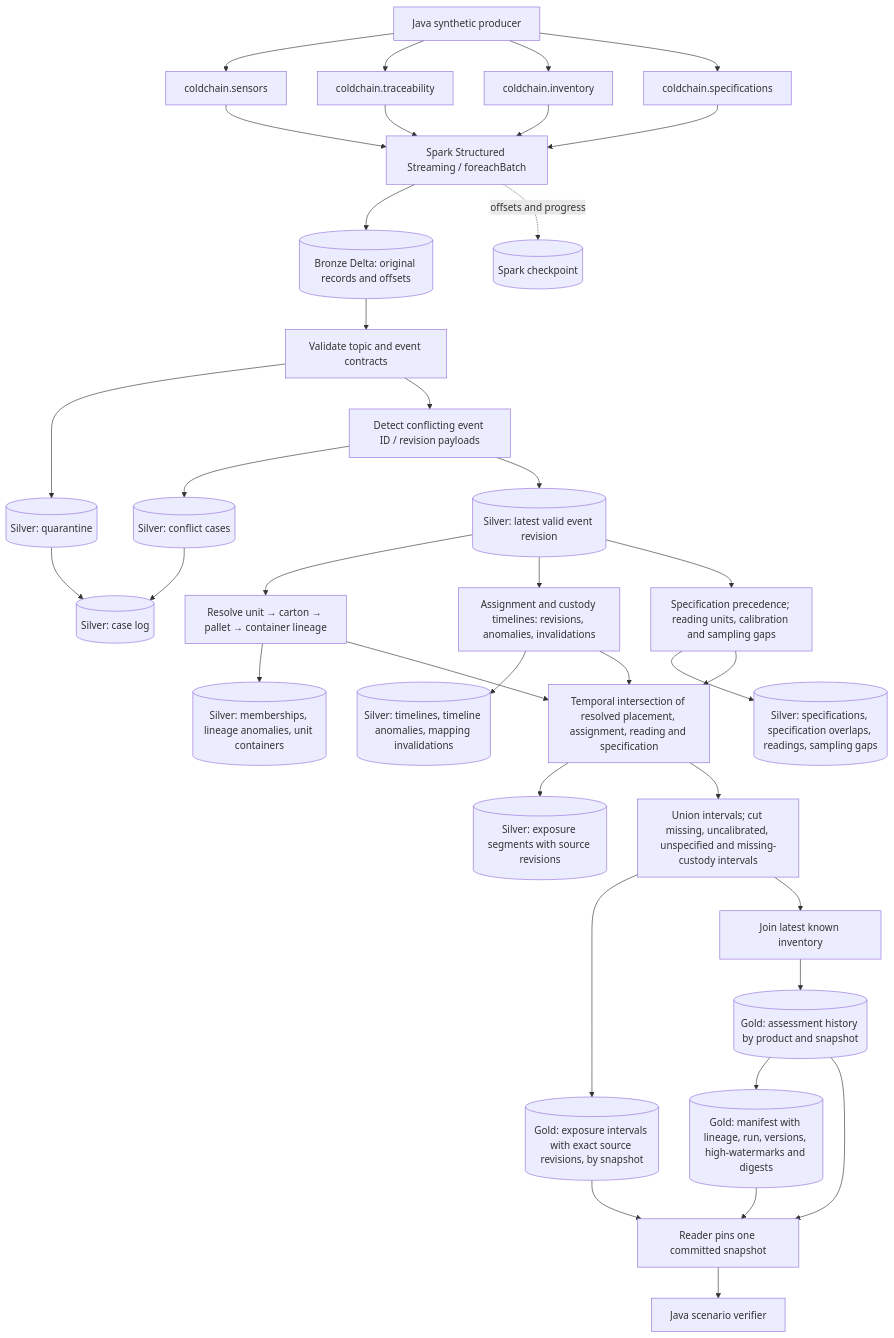
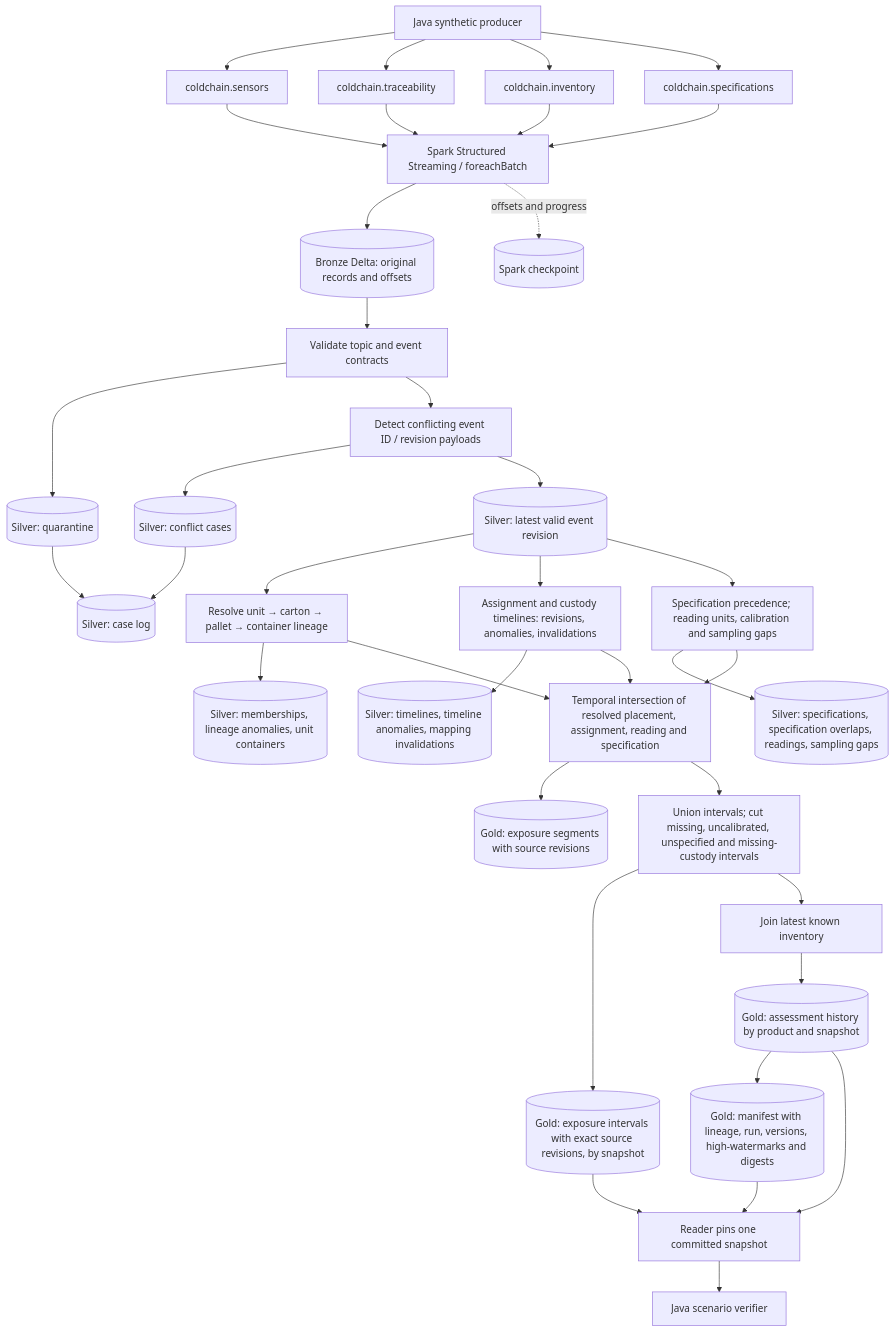
One commit to rmansoor/pharma-cold-chain changed the first of 2 diagrams in docs/architecture.md. Above: the diagram before and after it, drawn with Mermaid. The commit also changed other lines of this file and 15 other files, not shown here.

````diff
--- a/docs/architecture.md
+++ b/docs/architecture.md
@@ -13,39 +13,39 @@
 ```mermaid
 flowchart TD
   SIM[Java synthetic producer] --> S[coldchain.sensors]
   SIM --> T[coldchain.traceability]
   SIM --> I[coldchain.inventory]
   SIM --> P[coldchain.specifications]
   S --> ING[Spark Structured Streaming / foreachBatch]
   T --> ING
   I --> ING
   P --> ING
   ING --> B[(Bronze Delta: original records and offsets)]
   B --> V[Validate topic and event contracts]
   V --> Q[(Silver: quarantine)]
   V --> C[Detect conflicting event ID / revision payloads]
   C --> CQ[(Silver: conflict cases)]
   Q --> L[(Silver: case log)]
   CQ --> L
   C --> E[(Silver: latest valid event revision)]
   E --> LIN[Resolve unit → carton → pallet → container lineage]
   LIN --> LA[(Silver: memberships, lineage anomalies, unit containers)]
   E --> TL[Assignment and custody timelines: revisions, anomalies, invalidations]
   TL --> TA[(Silver: timelines, timeline anomalies, mapping invalidations)]
   TL --> J
   E --> SP[Specification precedence; reading units, calibration and sampling gaps]
   SP --> SQ[(Silver: specifications, specification overlaps, readings, sampling gaps)]
   SP --> J
   LIN --> J[Temporal intersection of resolved placement, assignment, reading and specification]
-  J --> SEG[(Silver: exposure segments with source revisions)]
+  J --> SEG[(Gold: exposure segments with source revisions)]
   J --> U[Union intervals; cut missing, uncalibrated, unspecified and missing-custody intervals]
   U --> IV[(Gold: exposure intervals with exact source revisions, by snapshot)]
   U --> INV[Join latest known inventory]
   INV --> H[(Gold: assessment history by product and snapshot)]
   H --> M[(Gold: manifest with lineage, run, versions, high-watermarks and digests)]
   M --> R[Reader pins one committed snapshot]
   H --> R
   IV --> R
   R --> VERIFY[Java scenario verifier]
   ING -. offsets and progress .-> CK[(Spark checkpoint)]
 ```
````
